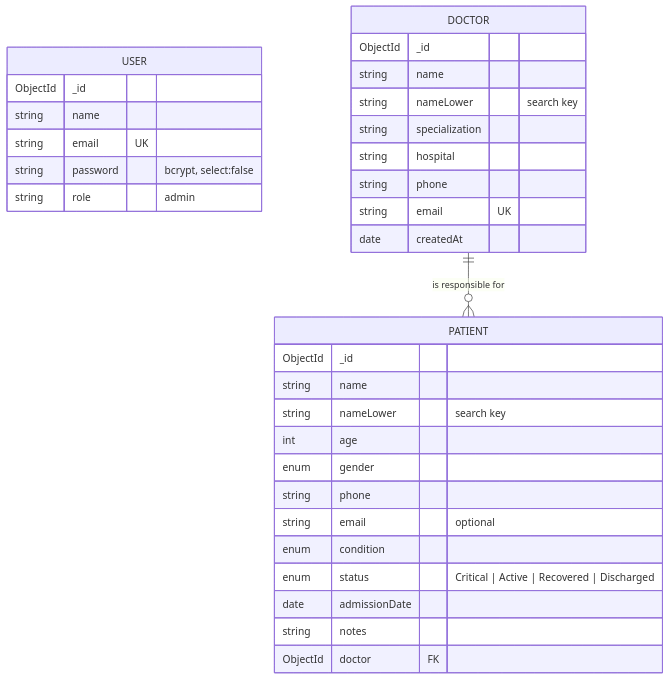
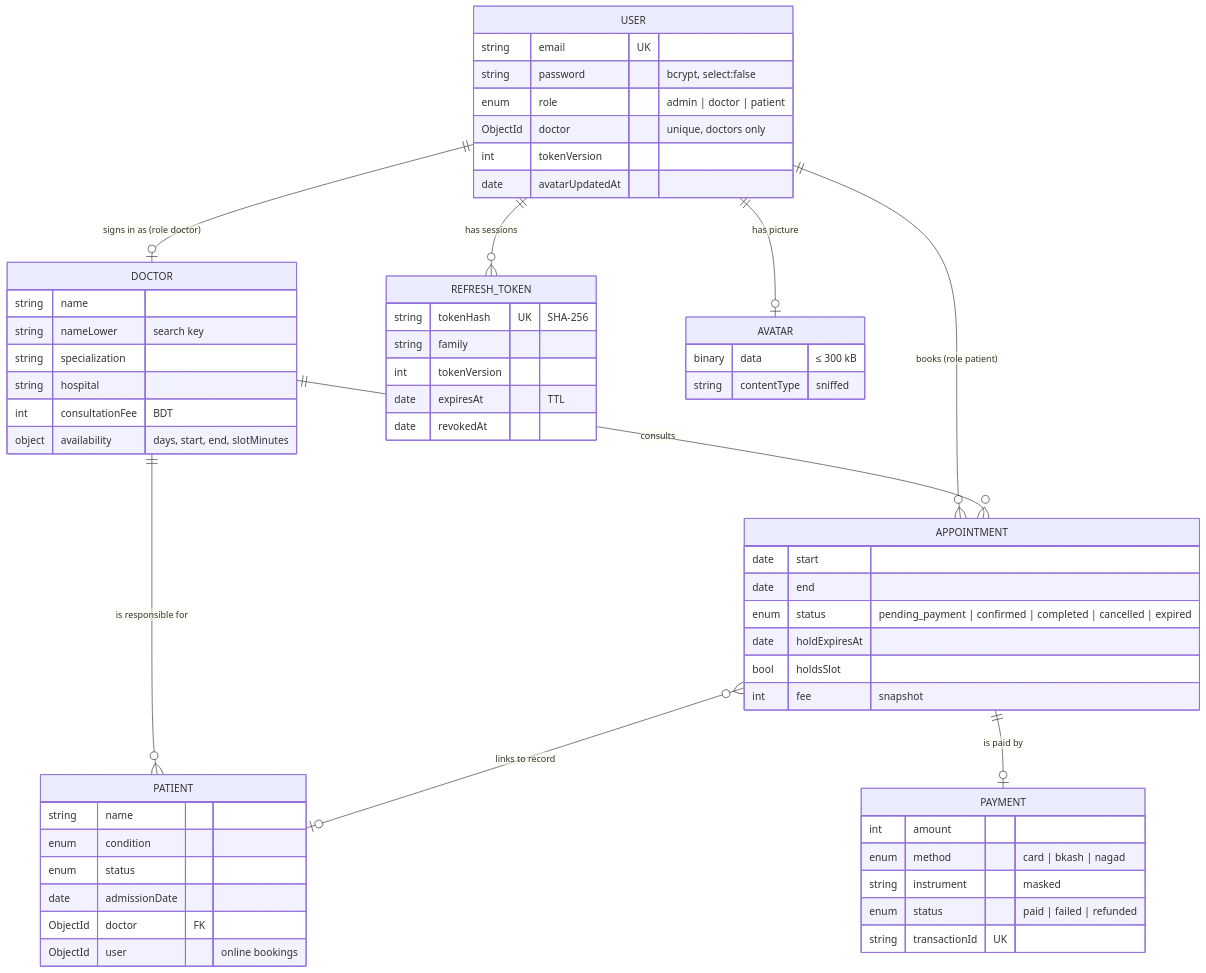
The third of 5 diagrams in ARCHITECTURE.md (sadatnuman/doctor-tracker-backend), drawn with Mermaid before and after one commit. The commit also changed other lines of this file and 1 other file, not shown here.

Commit message:
docs: document roles, sessions, booking holds and payments

````diff
--- a/ARCHITECTURE.md
+++ b/ARCHITECTURE.md
@@ -94,35 +94,61 @@
 ```mermaid
 erDiagram
+    USER ||--o| DOCTOR : "signs in as (role doctor)"
+    USER ||--o{ APPOINTMENT : "books (role patient)"
+    USER ||--o{ REFRESH_TOKEN : "has sessions"
+    USER ||--o| AVATAR : "has picture"
+    DOCTOR ||--o{ PATIENT : "is responsible for"
+    DOCTOR ||--o{ APPOINTMENT : "consults"
+    APPOINTMENT ||--o| PAYMENT : "is paid by"
+    APPOINTMENT }o--o| PATIENT : "links to record"
     USER {
-      ObjectId _id
-      string name
       string email UK
       string password "bcrypt, select:false"
-      string role "admin"
+      enum role "admin | doctor | patient"
+      ObjectId doctor "unique, doctors only"
+      int tokenVersion
+      date avatarUpdatedAt
     }
-    DOCTOR ||--o{ PATIENT : "is responsible for"
     DOCTOR {
-      ObjectId _id
       string name
       string nameLower "search key"
       string specialization
       string hospital
-      string phone
-      string email UK
-      date createdAt
+      int consultationFee "BDT"
+      object availability "days, start, end, slotMinutes"
     }
     PATIENT {
-      ObjectId _id
       string name
-      string nameLower "search key"
-      int age
-      enum gender
-      string phone
-      string email "optional"
       enum condition
-      enum status "Critical | Active | Recovered | Discharged"
+      enum status
       date admissionDate
-      string notes
       ObjectId doctor FK
+      ObjectId user "online bookings"
+    }
+    APPOINTMENT {
+      date start
+      date end
+      enum status "pending_payment | confirmed | completed | cancelled | expired"
+      date holdExpiresAt
+      bool holdsSlot
+      int fee "snapshot"
+    }
+    PAYMENT {
+      int amount
+      enum method "card | bkash | nagad"
+      string instrument "masked"
+      enum status "paid | failed | refunded"
+      string transactionId UK
+    }
+    REFRESH_TOKEN {
+      string tokenHash UK "SHA-256"
+      string family
+      int tokenVersion
+      date expiresAt "TTL"
+      date revokedAt
+    }
+    AVATAR {
+      binary data "≤ 300 kB"
+      string contentType "sniffed"
     }
 ```
````
